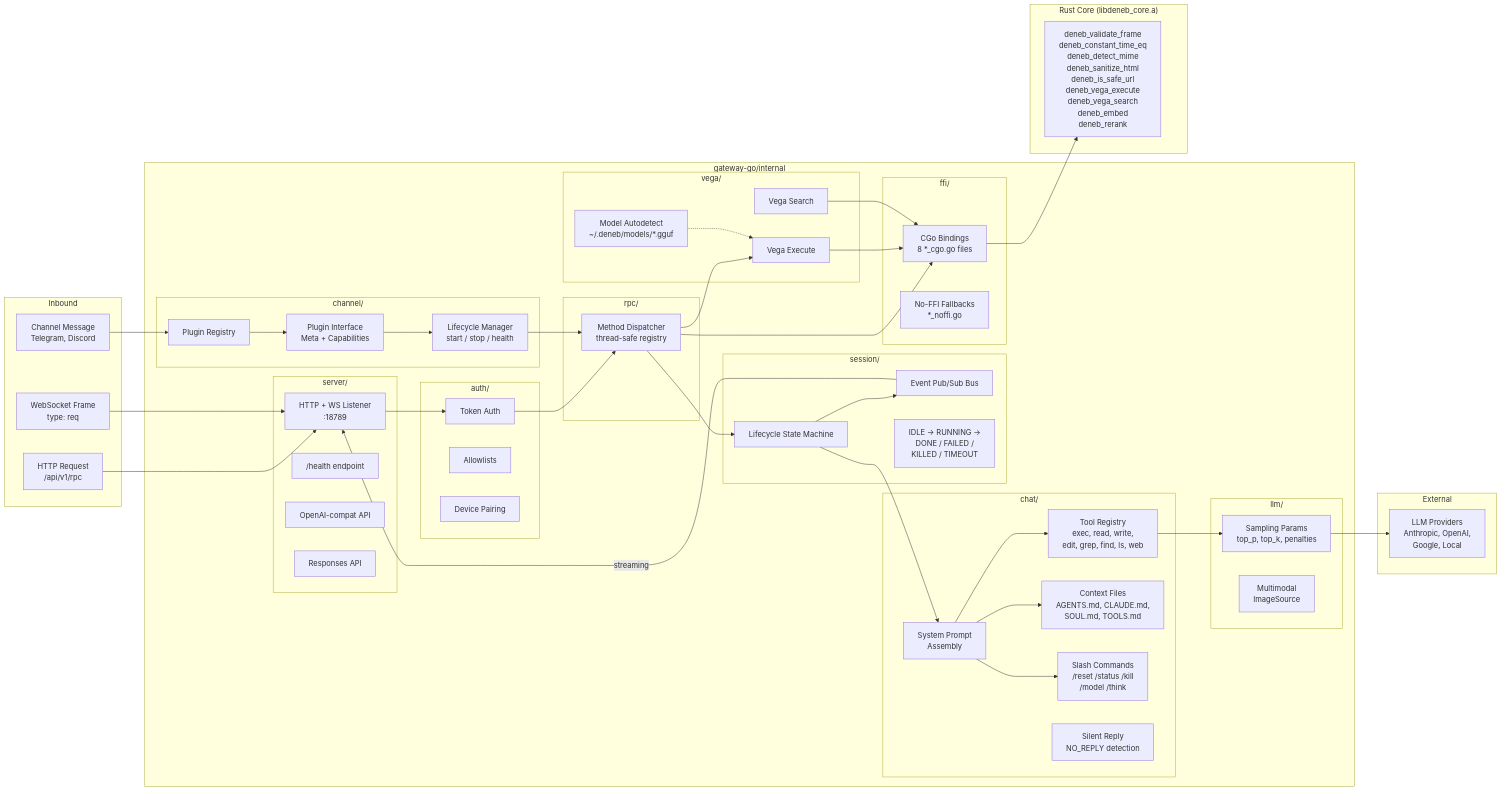
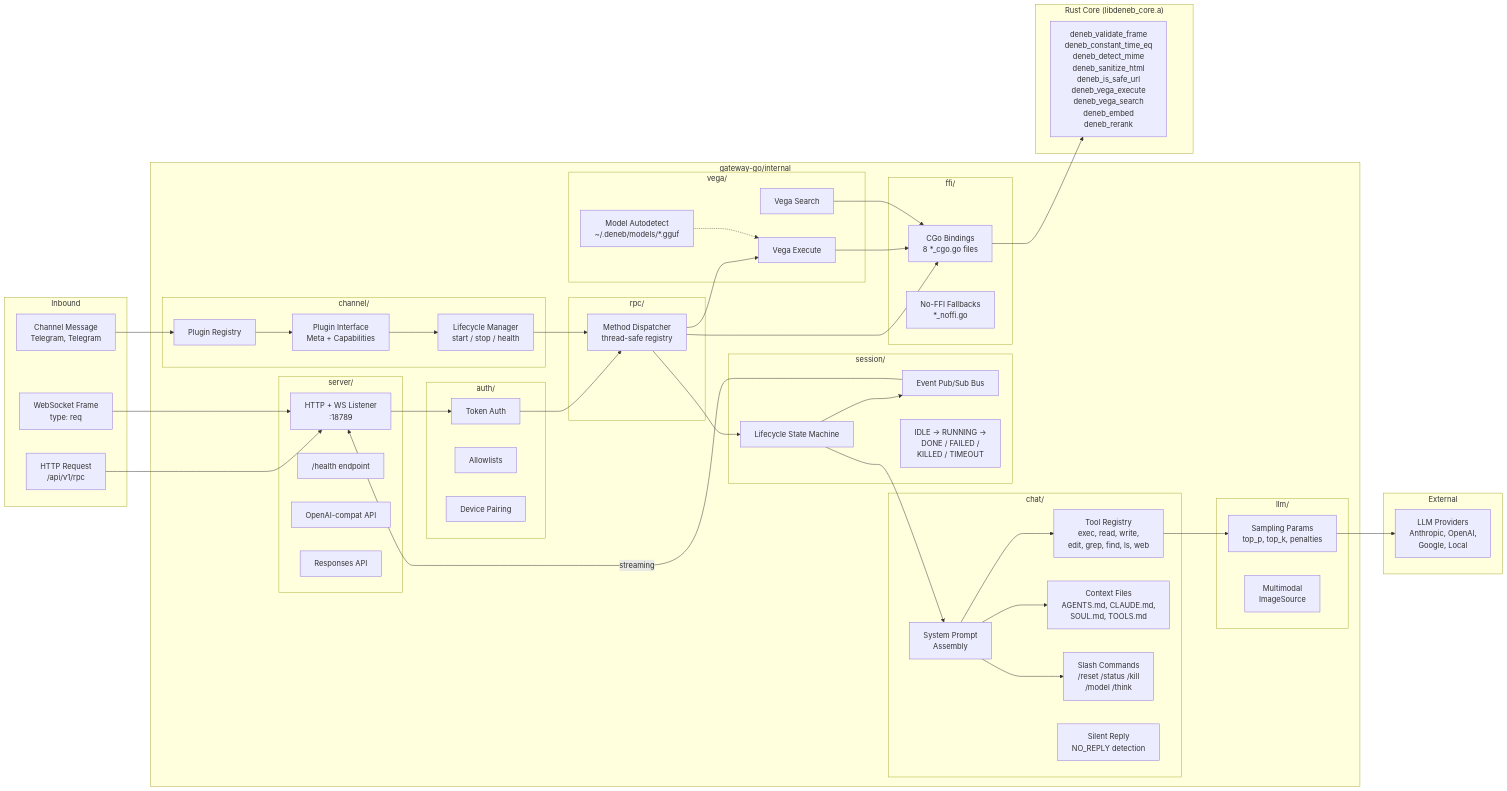
One commit to choiceoh/Deneb changed the third of 5 diagrams in docs/concepts/architecture.md. Above: the diagram before and after it, drawn with Mermaid. The commit also changed other lines of this file and 126 other files, not shown here.

```diff
--- a/docs/concepts/architecture.md
+++ b/docs/concepts/architecture.md
@@ -229,7 +229,7 @@
     subgraph "Inbound"
         REQ_HTTP["HTTP Request<br>/api/v1/rpc"]
         REQ_WS["WebSocket Frame<br>type: req"]
-        REQ_CHAN["Channel Message<br>Telegram, Discord"]
+        REQ_CHAN["Channel Message<br>Telegram, Telegram"]
     end
 
     subgraph "gateway-go/internal"
```
